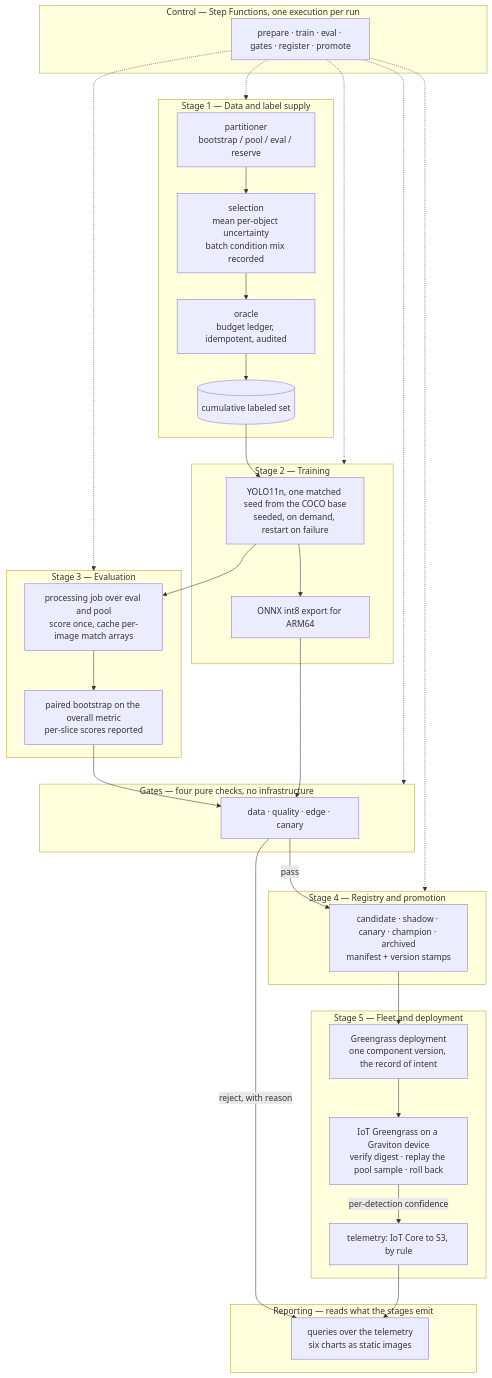
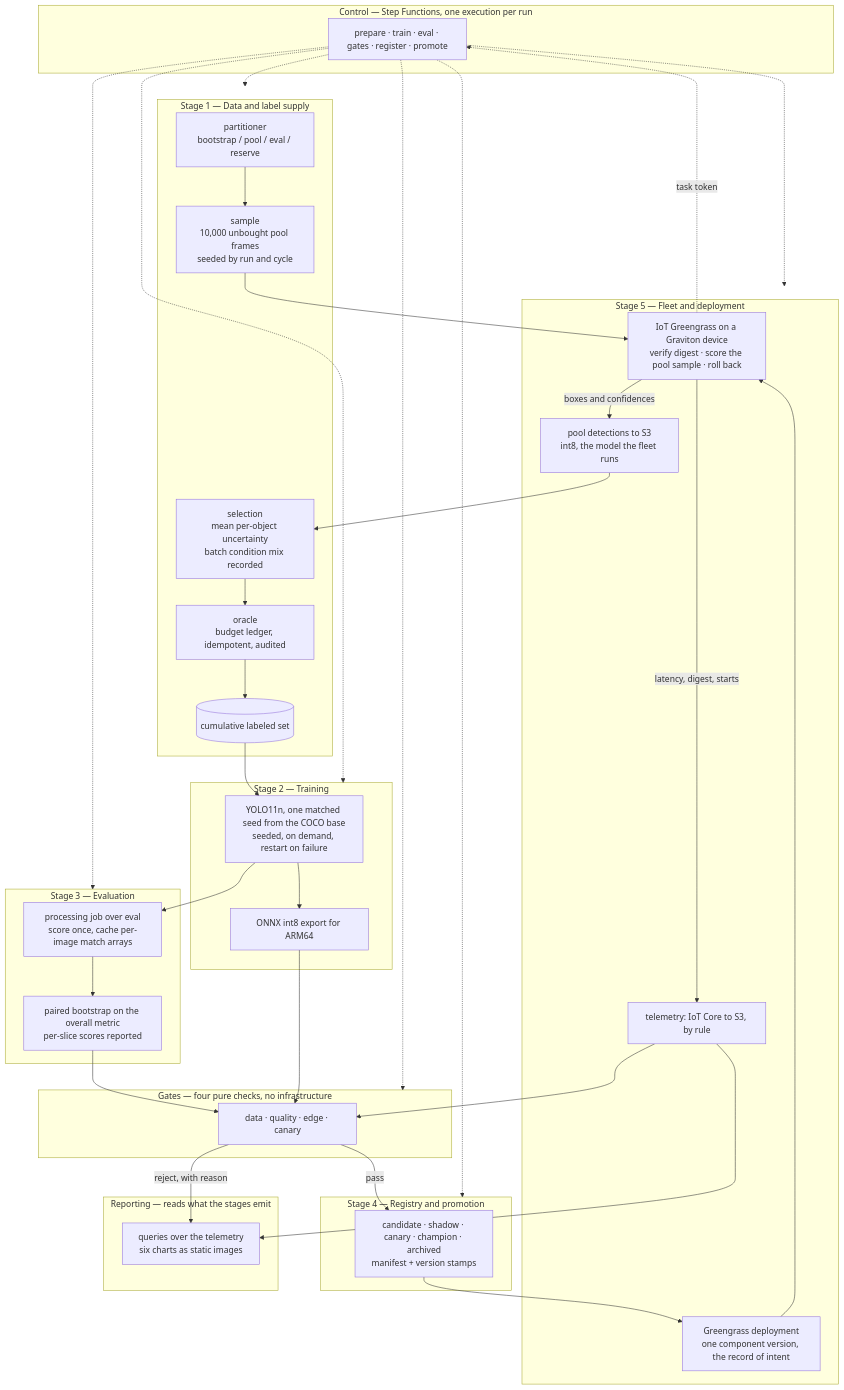
One commit to arnavnair220/edge-ml-flywheel changed the diagram in docs/00-overview.md. Above: the diagram before and after it, drawn with Mermaid. The commit also changed other lines of this file and 7 other files, not shown here.

First line of the commit message:
Document the pool pass the fleet now performs

````diff
--- a/docs/00-overview.md
+++ b/docs/00-overview.md
@@ -88,63 +100,71 @@
 ```mermaid
 flowchart TB
     subgraph CTRL["Control — Step Functions, one execution per run"]
         SFN["prepare · train · eval · gates · register · promote"]
     end
 
     subgraph DATA["Stage 1 — Data and label supply"]
         PART["partitioner<br/>bootstrap / pool / eval / reserve"]
+        SAMPLE["sample<br/>10,000 unbought pool frames<br/>seeded by run and cycle"]
         SEL["selection<br/>mean per-object uncertainty<br/>batch condition mix recorded"]
         ORACLE["oracle<br/>budget ledger, idempotent, audited"]
         POOL[("cumulative labeled set")]
     end
 
     subgraph TRAIN["Stage 2 — Training"]
         SEEDS["YOLO11n, one matched seed from the COCO base<br/>seeded, on demand, restart on failure"]
         EXPORT["ONNX int8 export for ARM64"]
     end
 
     subgraph EVAL["Stage 3 — Evaluation"]
-        SCORE["processing job over eval and pool<br/>score once, cache per-image match arrays"]
+        SCORE["processing job over eval<br/>score once, cache per-image match arrays"]
         BOOT["paired bootstrap on the overall metric<br/>per-slice scores reported"]
     end
 
     subgraph GATE["Gates — four pure checks, no infrastructure"]
         G["data · quality · edge · canary"]
     end
 
     subgraph REG["Stage 4 — Registry and promotion"]
         SM["candidate · shadow · canary · champion · archived<br/>manifest + version stamps"]
     end
 
     subgraph EDGE["Stage 5 — Fleet and deployment"]
         CFG["Greengrass deployment<br/>one component version, the record of intent"]
-        AGENT["IoT Greengrass on a Graviton device<br/>verify digest · replay the pool sample · roll back"]
+        AGENT["IoT Greengrass on a Graviton device<br/>verify digest · score the pool sample · roll back"]
+        DET["pool detections to S3<br/>int8, the model the fleet runs"]
         TEL["telemetry: IoT Core to S3, by rule"]
     end
 
     subgraph OBS["Reporting — reads what the stages emit"]
         DASH["queries over the telemetry<br/>six charts as static images"]
     end
 
-    PART --> SEL
+    PART --> SAMPLE
     SEL --> ORACLE
     ORACLE --> POOL
     POOL --> SEEDS
     SEEDS --> SCORE
     SCORE --> BOOT
     BOOT --> G
     SEEDS --> EXPORT
     EXPORT --> G
     G -->|pass| SM
     G -->|"reject, with reason"| DASH
     SM --> CFG
     CFG --> AGENT
-    AGENT -->|"per-detection confidence"| TEL
+    SAMPLE --> AGENT
+    AGENT -->|"boxes and confidences"| DET
+    AGENT -->|"latency, digest, starts"| TEL
+    DET --> SEL
+    TEL --> G
     TEL --> DASH
 
     SFN -.-> DATA
     SFN -.-> TRAIN
     SFN -.-> EVAL
     SFN -.-> GATE
     SFN -.-> REG
+    SFN -.-> EDGE
+    AGENT -.->|"task token"| SFN
 ```
````
